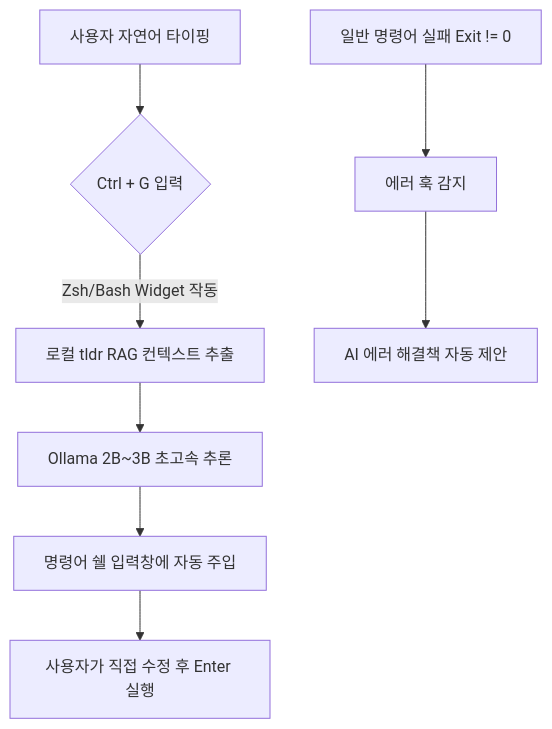
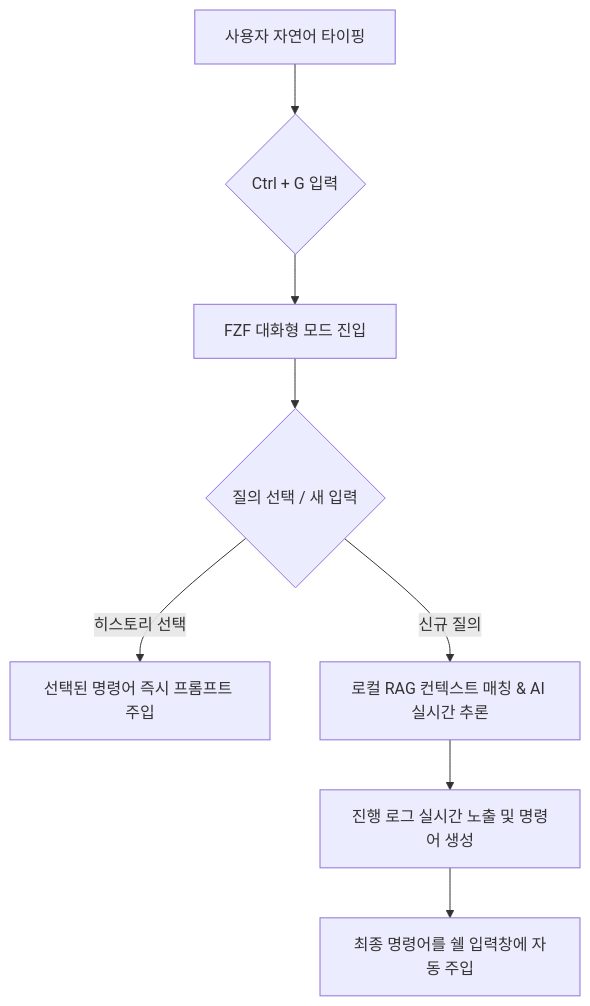
The diagram in README.md (al-hub/ctrlg), drawn with Mermaid before and after one commit. The commit also changed other lines of this file and 1 other file, not shown here.

Commit message:
docs: update README.md and ROADMAP.md to document v0.3.1 FZF interactive mode and history selection

````diff
--- a/README.md
+++ b/README.md
@@ -15,11 +15,10 @@
-```mermaid
-graph TD
-    A[사용자 자연어 타이핑] --> B{Ctrl + G 입력}
-    B -->|Zsh/Bash Widget 작동| C[로컬 tldr RAG 컨텍스트 추출]
-    C --> D[Ollama 2B~3B 초고속 추론]
-    D --> E[명령어 쉘 입력창에 자동 주입]
-    E --> F[사용자가 직접 수정 후 Enter 실행]
-    
-    G[일반 명령어 실패 Exit != 0] --> H[에러 훅 감지]
-    H --> I[AI 에러 해결책 자동 제안]
-```
+ ```mermaid
+ graph TD
+     A[사용자 자연어 타이핑] --> B{Ctrl + G 입력}
+     B --> C[FZF 대화형 모드 진입]
+     C --> D{질의 선택 / 새 입력}
+     D -->|히스토리 선택| E[선택된 명령어 즉시 프롬프트 주입]
+     D -->|신규 질의| F[로컬 RAG 컨텍스트 매칭 & AI 실시간 추론]
+     F --> G[진행 로그 실시간 노출 및 명령어 생성]
+     G --> H[최종 명령어를 쉘 입력창에 자동 주입]
+ ```
````
